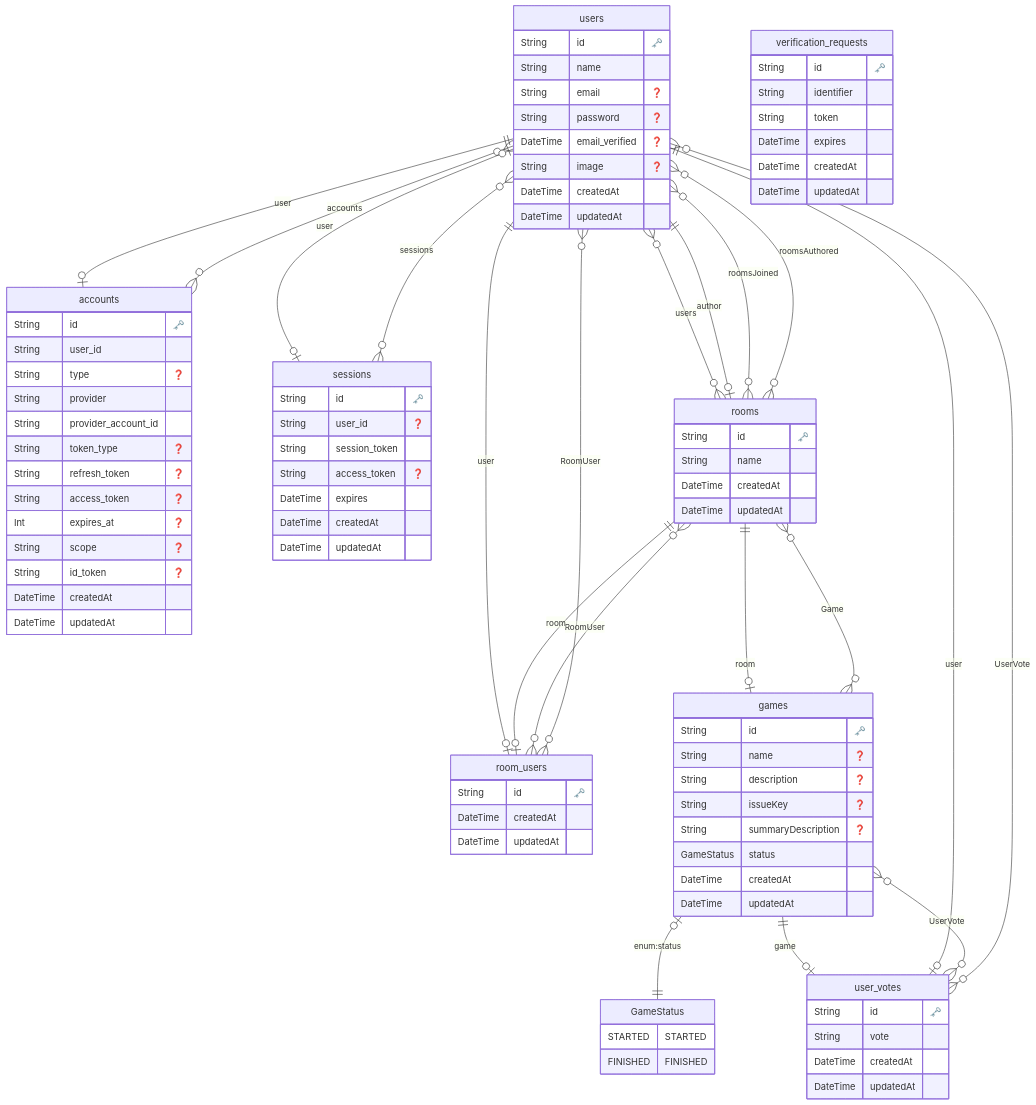
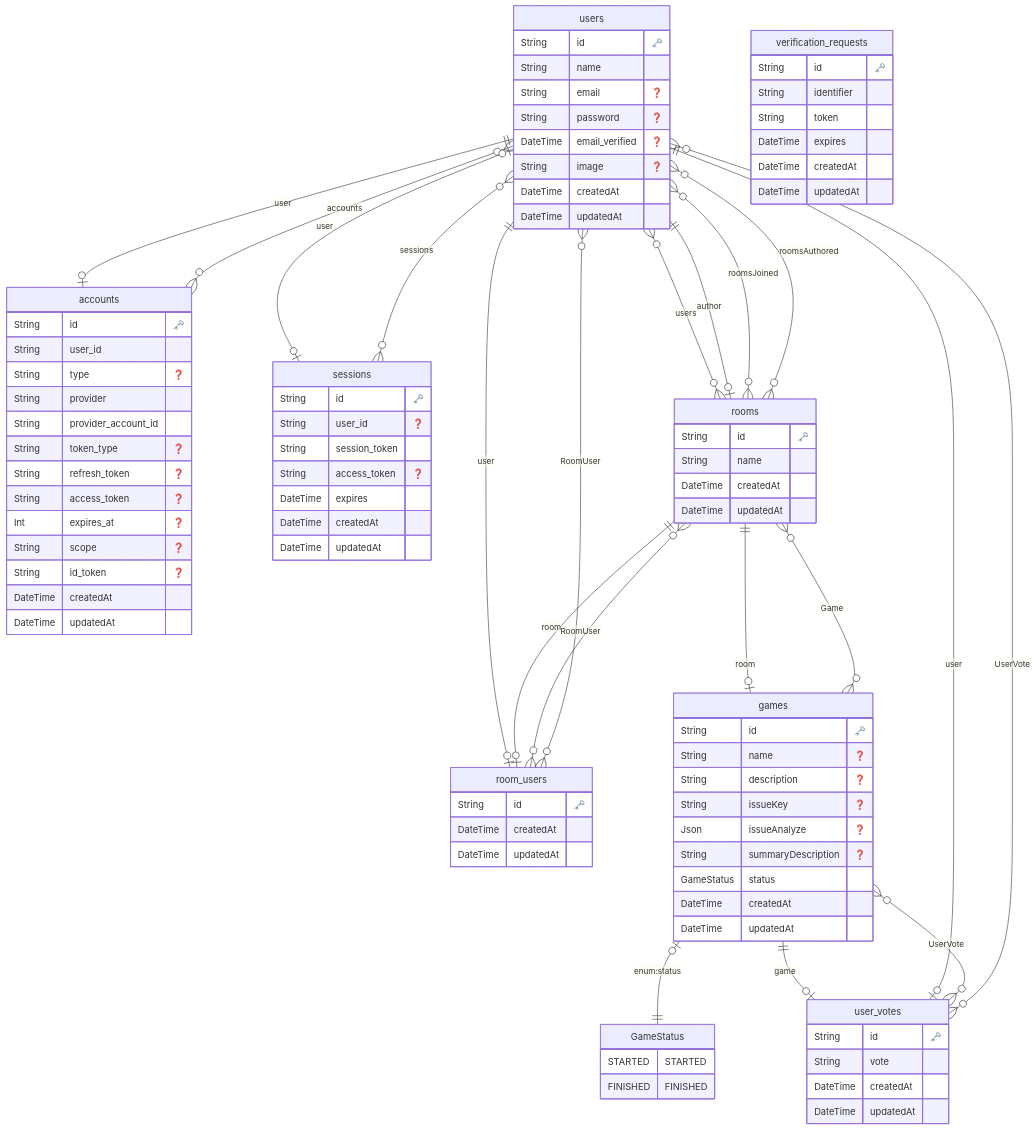
The diagram in ERD.md (sebastiansiejek/planning-poker), drawn with Mermaid before and after one commit. The commit also changed 11 other files, not shown here.

First line of the commit message:
feat: add `issueAnalyze` field to game model and service

```diff
--- a/ERD.md
+++ b/ERD.md
@@ -76,6 +76,7 @@
     String name "❓"
     String description "❓"
     String issueKey "❓"
+    Json issueAnalyze "❓"
     String summaryDescription "❓"
     GameStatus status 
     DateTime createdAt 
```
